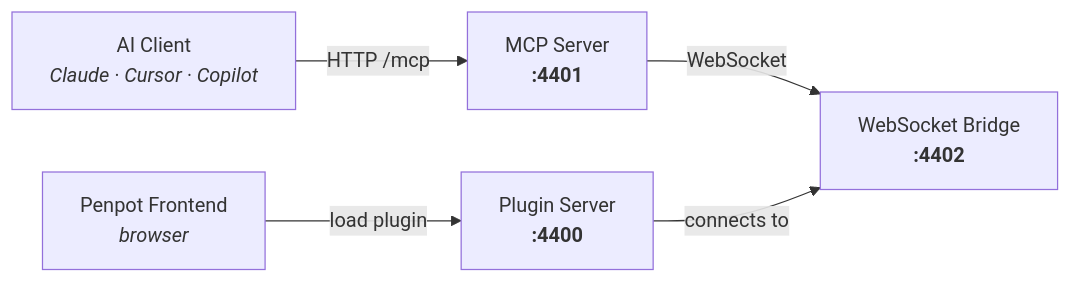
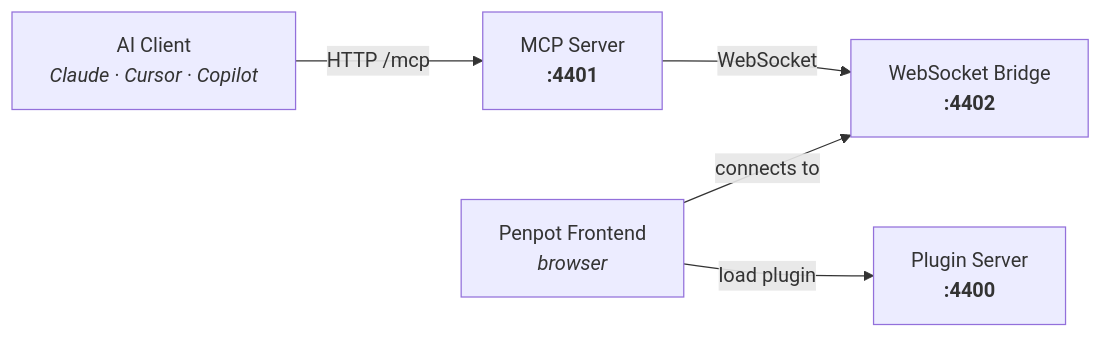
Before and after one commit to schms27/penpot-mcp-docker: the diagram in README.md, drawn with Mermaid. The commit also changed other lines of this file and 3 other files, not shown here.

````diff
--- a/README.md
+++ b/README.md
@@ -22,13 +21,13 @@
 ```mermaid
 flowchart LR
     AI["AI Client<br/><i>Claude · Cursor · Copilot</i>"]
     MCP["MCP Server<br/><b>:4401</b>"]
     WS["WebSocket Bridge<br/><b>:4402</b>"]
     Plugin["Plugin Server<br/><b>:4400</b>"]
     Penpot["Penpot Frontend<br/><i>browser</i>"]
 
     AI -- "HTTP /mcp" --> MCP
     MCP -- "WebSocket" --> WS
     Penpot -- "load plugin" --> Plugin
-    Plugin -- "connects to" --> WS
+    Penpot -- "connects to" --> WS
 ```
````
